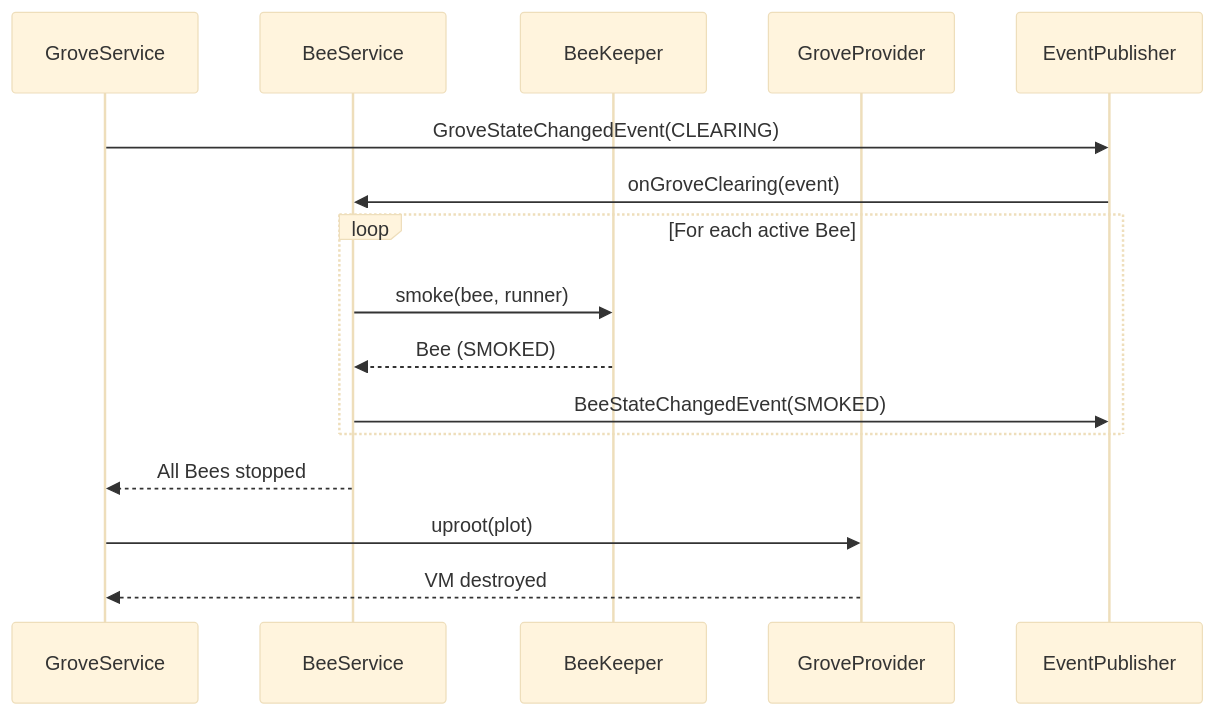
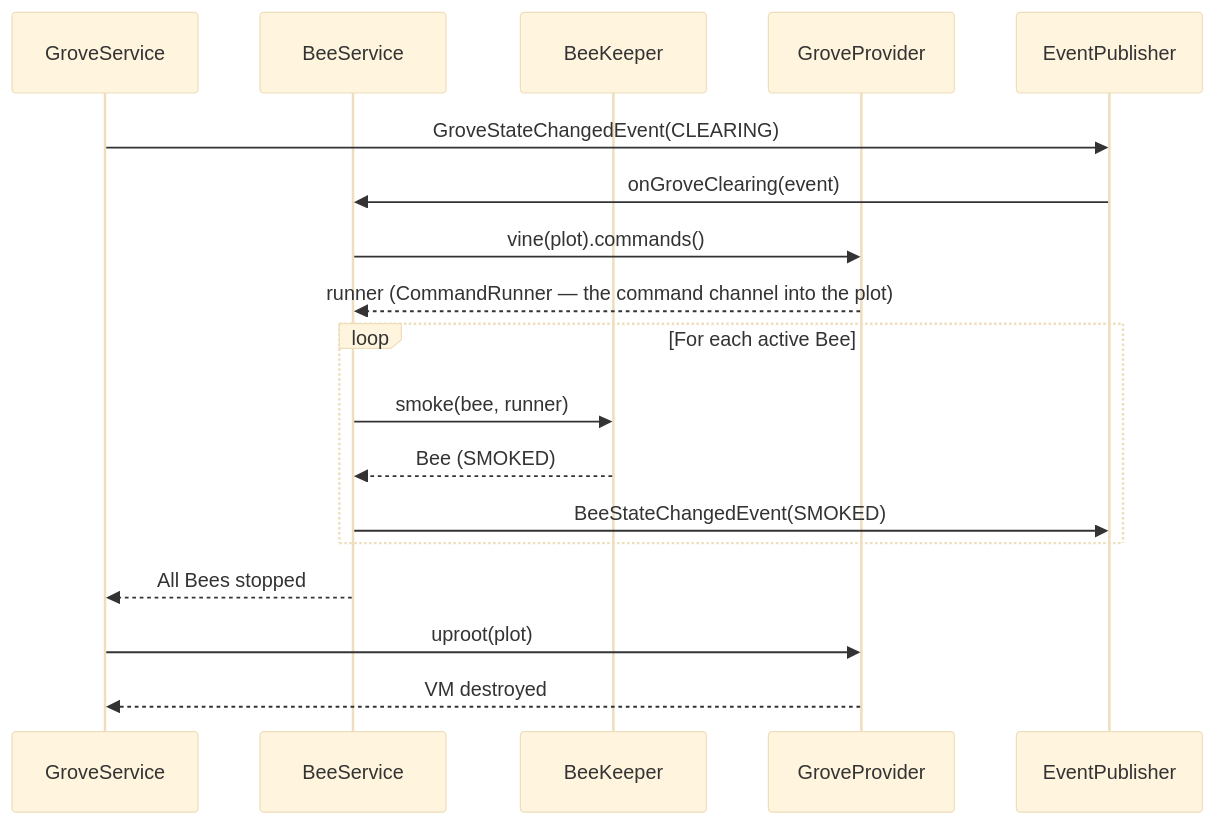
One commit to orchard-cde/orchard changed the fifth of 6 diagrams in docs/architecture/bee-architecture.md. Above: the diagram before and after it, drawn with Mermaid (base theme). The commit also changed other lines of this file, not shown here.

First line of the commit message:
docs(bee): show where the CommandRunner comes from; mark grove-clearing smoke as unimplemented

````diff
--- a/docs/architecture/bee-architecture.md
+++ b/docs/architecture/bee-architecture.md
@@ -396,22 +400,25 @@
 ```mermaid
 sequenceDiagram
     participant GS as GroveService
     participant BS as BeeService
     participant BK as BeeKeeper
     participant SP as GroveProvider
     participant EP as EventPublisher
 
     GS->>EP: GroveStateChangedEvent(CLEARING)
     EP->>BS: onGroveClearing(event)
+
+    BS->>SP: vine(plot).commands()
+    SP-->>BS: runner (CommandRunner — the command channel into the plot)
 
     loop For each active Bee
         BS->>BK: smoke(bee, runner)
         BK-->>BS: Bee (SMOKED)
         BS->>EP: BeeStateChangedEvent(SMOKED)
     end
 
     BS-->>GS: All Bees stopped
 
     GS->>SP: uproot(plot)
     SP-->>GS: VM destroyed
 ```
````
